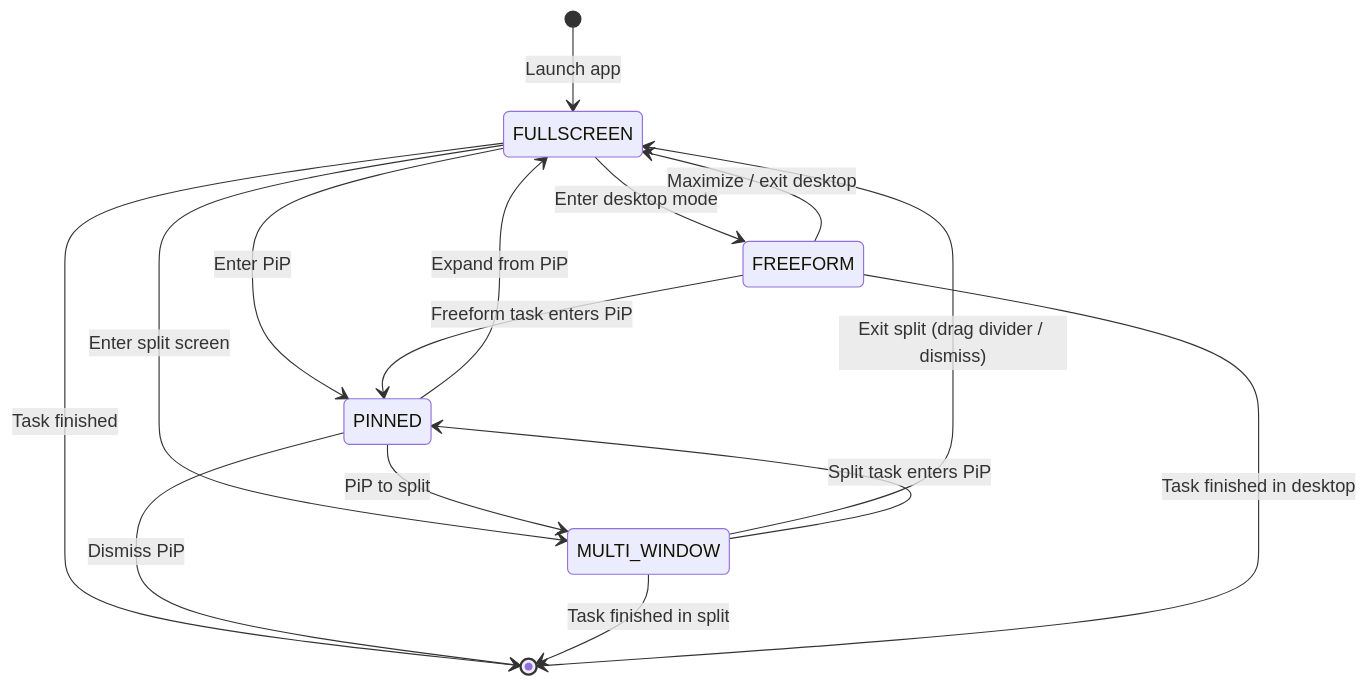
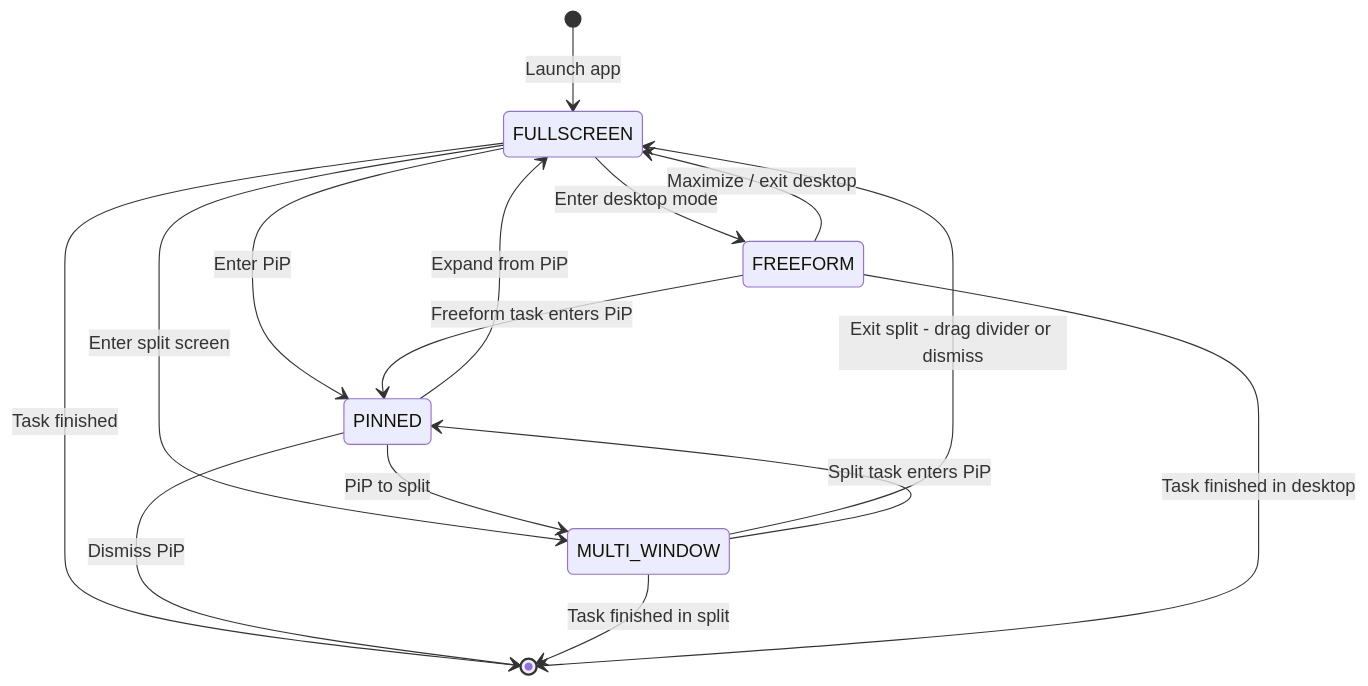
One commit to fwrite0920/aosp-internal-book changed diagram 14 of 29 in 23-window-system.md. Above: the diagram before and after it, drawn with Mermaid. The commit also changed other lines of this file and 6 other files, not shown here.

First line of the commit message:
Fix Mermaid diagrams and formatting in Parts V-VI (chapters 18-25)

````diff
--- a/23-window-system.md
+++ b/23-window-system.md
@@ -1319,22 +1319,22 @@
 ```mermaid
 stateDiagram-v2
     [*] --> FULLSCREEN: Launch app
 
     FULLSCREEN --> PINNED: Enter PiP
     FULLSCREEN --> MULTI_WINDOW: Enter split screen
     FULLSCREEN --> FREEFORM: Enter desktop mode
 
     PINNED --> FULLSCREEN: Expand from PiP
     PINNED --> MULTI_WINDOW: PiP to split
 
-    MULTI_WINDOW --> FULLSCREEN: Exit split (drag divider / dismiss)
+    MULTI_WINDOW --> FULLSCREEN: Exit split - drag divider or dismiss
     MULTI_WINDOW --> PINNED: Split task enters PiP
 
     FREEFORM --> FULLSCREEN: Maximize / exit desktop
     FREEFORM --> PINNED: Freeform task enters PiP
 
     FULLSCREEN --> [*]: Task finished
     PINNED --> [*]: Dismiss PiP
     MULTI_WINDOW --> [*]: Task finished in split
     FREEFORM --> [*]: Task finished in desktop
 ```
````
